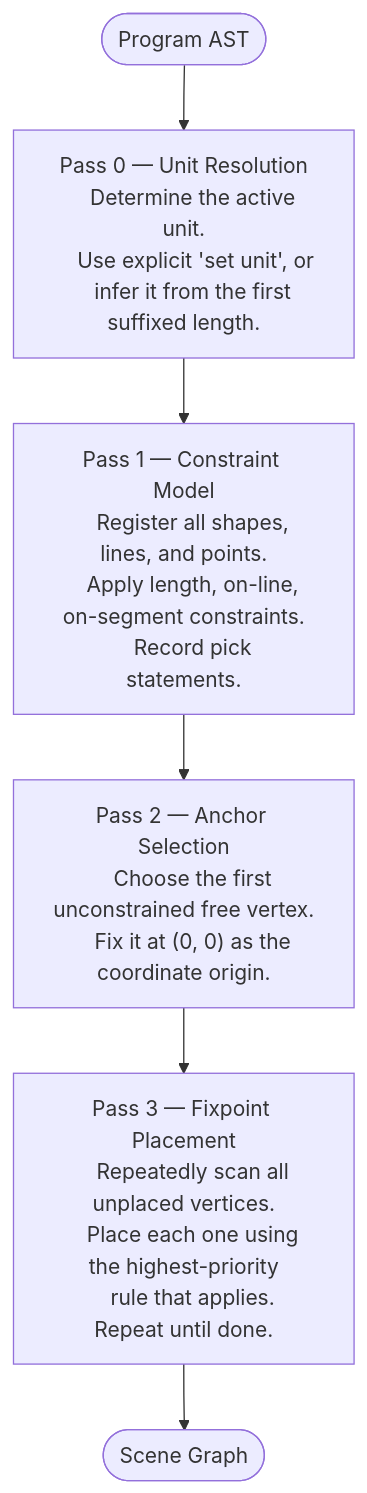
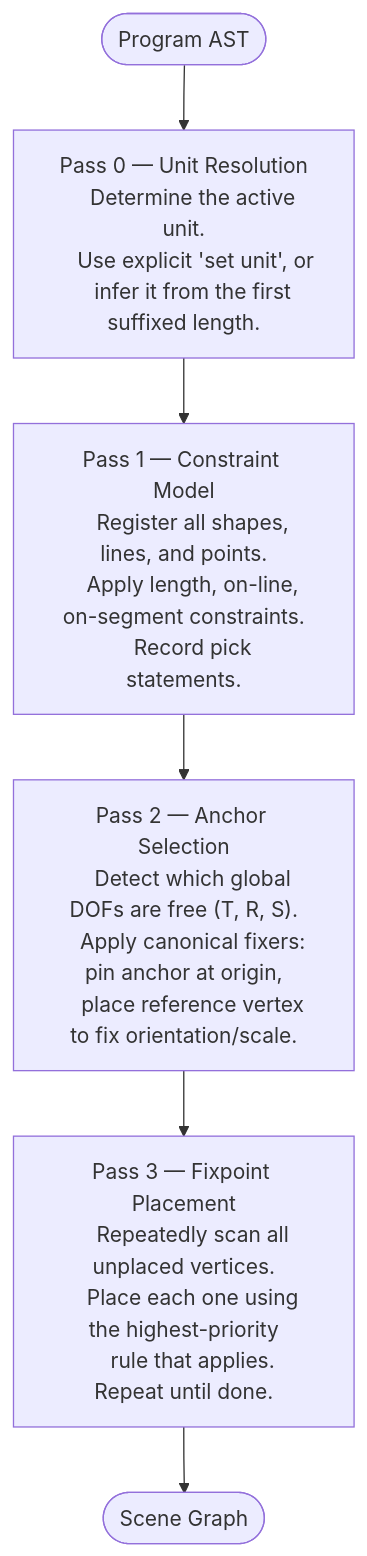
One commit to hey-its-suvi/tilde changed the diagram in docs/solver/index.md. Above: the diagram before and after it, drawn with Mermaid. The commit also changed other lines of this file and 4 other files, not shown here.

````diff
--- a/docs/solver/index.md
+++ b/docs/solver/index.md
@@ -11,32 +11,33 @@
 ```mermaid
 flowchart TD
     A([Program AST]) --> P0
 
     P0["Pass 0 — Unit Resolution
     Determine the active unit.
     Use explicit 'set unit', or
     infer it from the first suffixed length."]
 
     P0 --> P1
 
     P1["Pass 1 — Constraint Model
     Register all shapes, lines, and points.
     Apply length, on-line, on-segment constraints.
     Record pick statements."]
 
     P1 --> P2
 
     P2["Pass 2 — Anchor Selection
-    Choose the first unconstrained free vertex.
-    Fix it at (0, 0) as the coordinate origin."]
+    Detect which global DOFs are free (T, R, S).
+    Apply canonical fixers: pin anchor at origin,
+    place reference vertex to fix orientation/scale."]
 
     P2 --> P3
 
     P3["Pass 3 — Fixpoint Placement
     Repeatedly scan all unplaced vertices.
     Place each one using the highest-priority
     rule that applies. Repeat until done."]
 
     P3 --> OUT
     OUT([Scene Graph])
 ```
````
